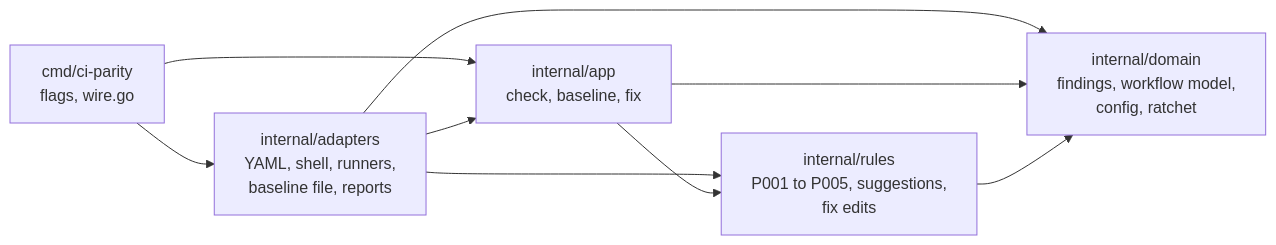
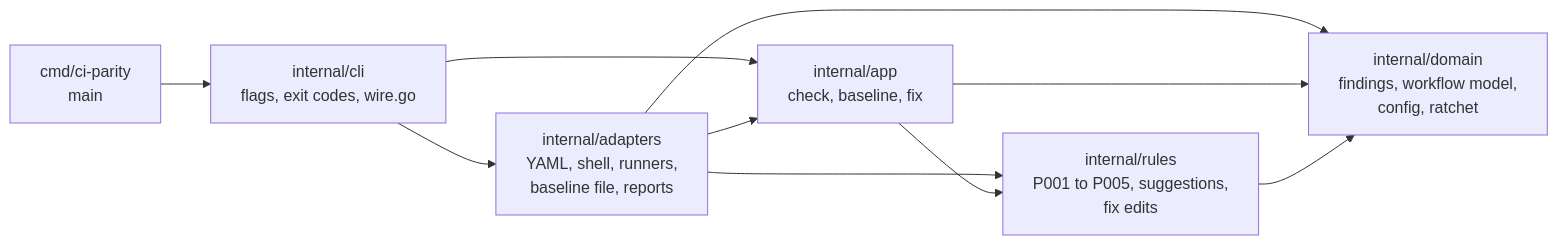
The diagram in docs/architecture/packages.md (jimmykurian/ci-parity), drawn with Mermaid before and after one commit. The commit also changed other lines of this file and 22 other files, not shown here.

````diff
--- a/docs/architecture/packages.md
+++ b/docs/architecture/packages.md
@@ -14,11 +14,12 @@
 ```mermaid
 flowchart LR
-    cmd["cmd/ci-parity<br/>flags, wire.go"] --> adapters
-    cmd --> app
+    cmd["cmd/ci-parity<br/>main"] --> cli
+    cli["internal/cli<br/>flags, exit codes, wire.go"] --> adapters
+    cli --> app
     adapters["internal/adapters<br/>YAML, shell, runners,<br/>baseline file, reports"] --> app
     adapters --> rules
     adapters --> domain
     app["internal/app<br/>check, baseline, fix"] --> rules
     app --> domain
     rules["internal/rules<br/>P001 to P005, suggestions,<br/>fix edits"] --> domain["internal/domain<br/>findings, workflow model,<br/>config, ratchet"]
 ```
````
